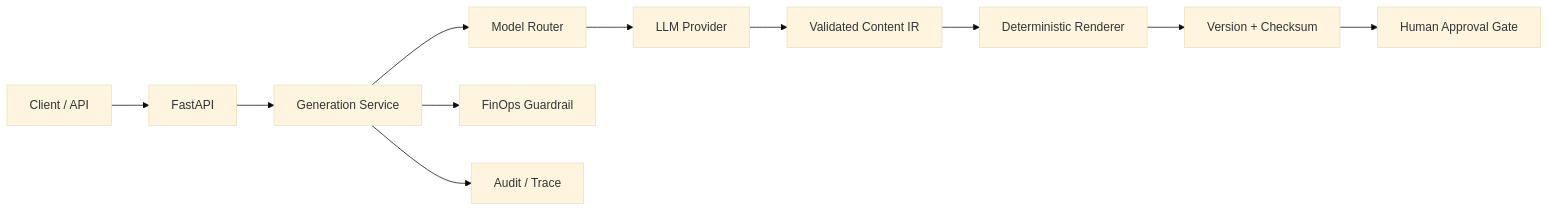
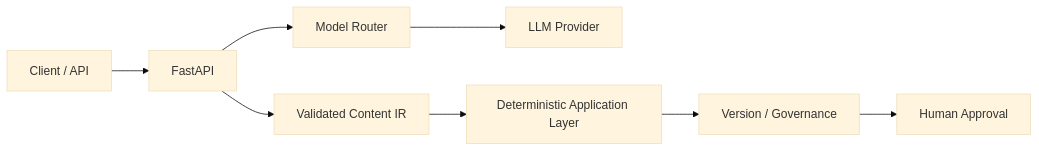
Before and after one commit to personal-projects-david-braga/ai-content-platform-showcase: the diagram in README.md, drawn with Mermaid (base theme). The commit also changed other lines of this file, not shown here.

````diff
--- a/README.md
+++ b/README.md
@@ -20,13 +21,10 @@
 ```mermaid
 flowchart LR
     U[Client / API] --> A[FastAPI]
-    A --> G[Generation Service]
-    G --> R[Model Router]
+    A --> I[Validated Content IR]
+    A --> R[Model Router]
     R --> L[LLM Provider]
-    L --> I[Validated Content IR]
-    I --> D[Deterministic Renderer]
-    D --> V[Version + Checksum]
-    V --> H[Human Approval Gate]
-    G --> F[FinOps Guardrail]
-    G --> T[Audit / Trace]
+    I --> D[Deterministic Application Layer]
+    D --> V[Version / Governance]
+    V --> H[Human Approval]
 ```
````
